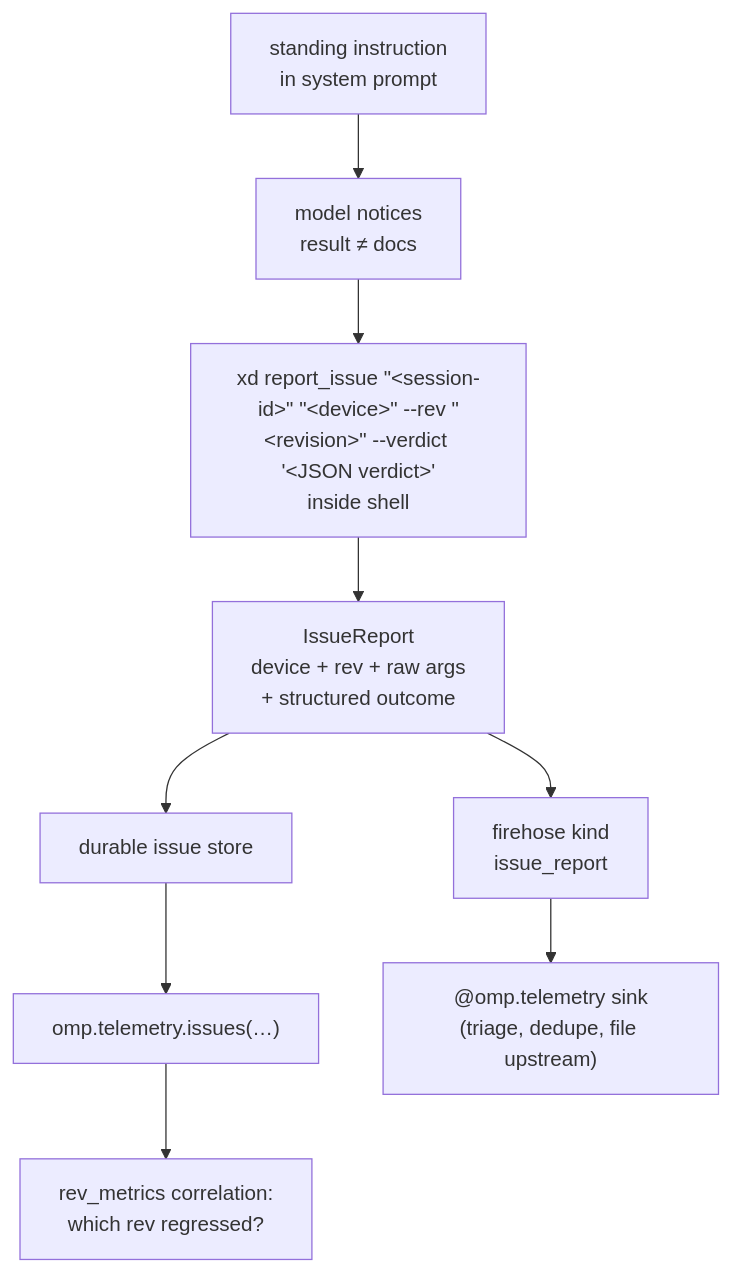
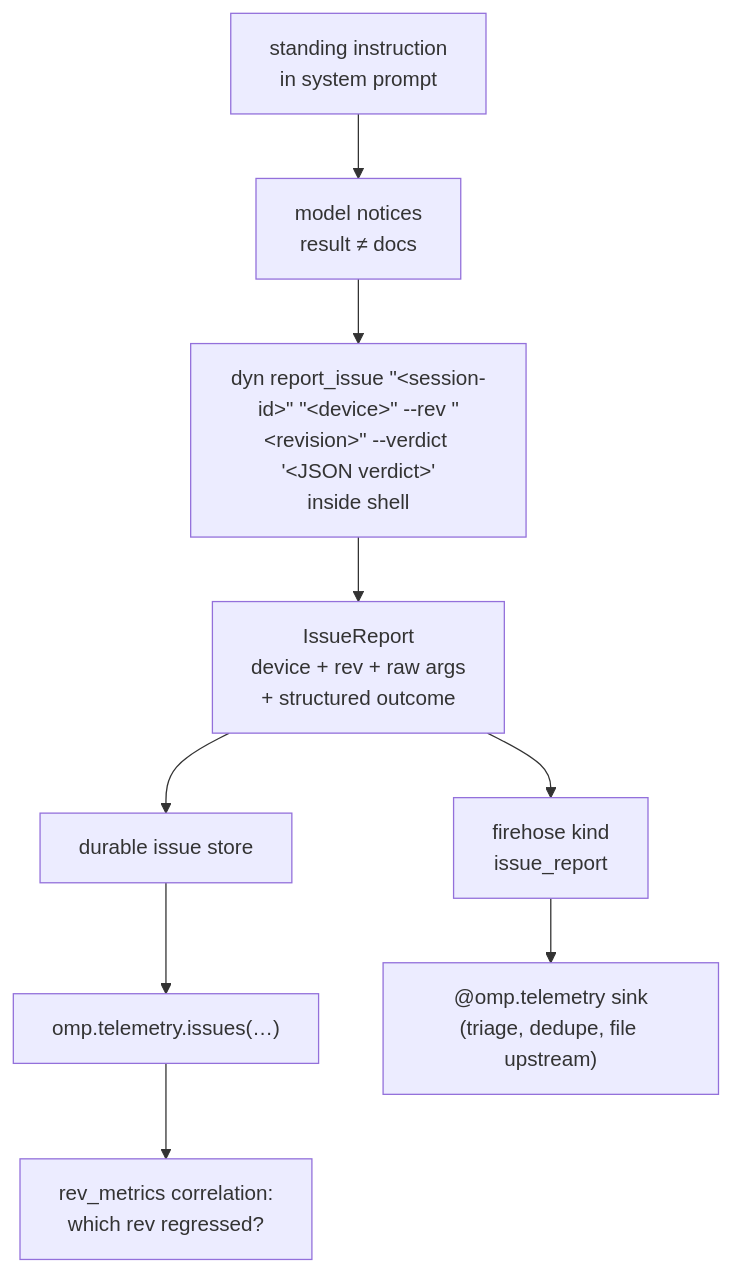
One commit to navidRashik/oh-my-pi changed the second of 2 diagrams in docs/py/10-telemetry.md. Above: the diagram before and after it, drawn with Mermaid. The commit also changed other lines of this file and 19 other files, not shown here.

First line of the commit message:
refactor(shell): added dyn name for device transport builtin across code

````diff
--- a/docs/py/10-telemetry.md
+++ b/docs/py/10-telemetry.md
@@ -112,11 +112,11 @@
 ```mermaid
 flowchart TD
     A["standing instruction<br/>in system prompt"] --> B["model notices<br/>result ≠ docs"]
-    B --> C["xd report_issue &quot;&lt;session-id&gt;&quot; &quot;&lt;device&gt;&quot; --rev &quot;&lt;revision&gt;&quot; --verdict '&lt;JSON verdict&gt;'<br/>inside shell"]
+    B --> C["dyn report_issue &quot;&lt;session-id&gt;&quot; &quot;&lt;device&gt;&quot; --rev &quot;&lt;revision&gt;&quot; --verdict '&lt;JSON verdict&gt;'<br/>inside shell"]
     C --> D["IssueReport<br/>device + rev + raw args<br/>+ structured outcome"]
     D --> E["firehose kind<br/>issue_report"]
     D --> F["durable issue store"]
     F --> G["omp.telemetry.issues(…)"]
     E --> H["@omp.telemetry sink<br/>(triage, dedupe, file upstream)"]
     G --> I["rev_metrics correlation:<br/>which rev regressed?"]
 ```
````
